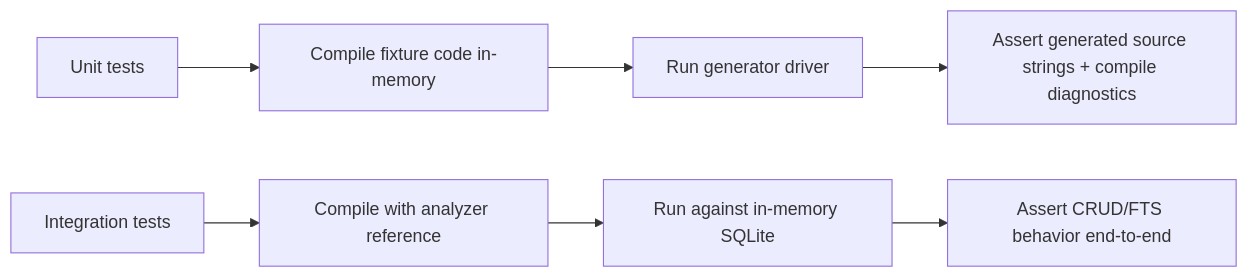
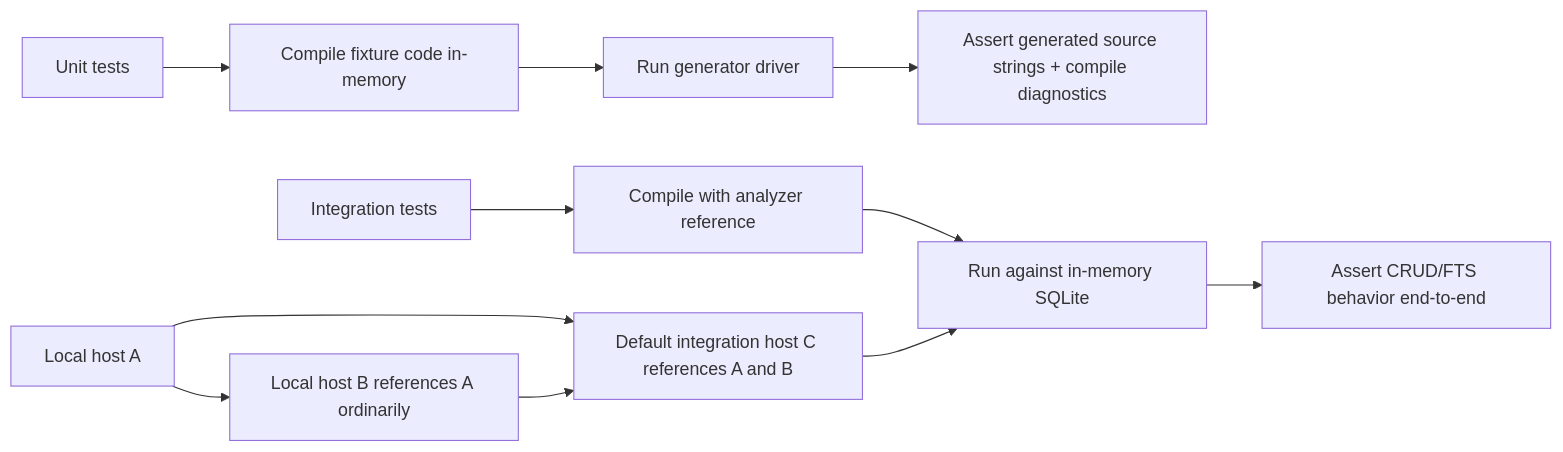
One commit to GinoCanessa/CSharpLightDbGen changed the fifth of 6 diagrams in docs/process-flows.md. Above: the diagram before and after it, drawn with Mermaid. The commit also changed other lines of this file and 12 other files, not shown here.

````diff
--- a/docs/process-flows.md
+++ b/docs/process-flows.md
@@ -80,10 +165,14 @@
 ```mermaid
 flowchart LR
     A[Unit tests] --> B[Compile fixture code in-memory]
     B --> C[Run generator driver]
     C --> D[Assert generated source strings + compile diagnostics]
 
     E[Integration tests] --> F[Compile with analyzer reference]
     F --> G[Run against in-memory SQLite]
     G --> H[Assert CRUD/FTS behavior end-to-end]
+    I[Local host A] --> J[Local host B references A ordinarily]
+    I --> K[Default integration host C references A and B]
+    J --> K
+    K --> G
 ```
````
